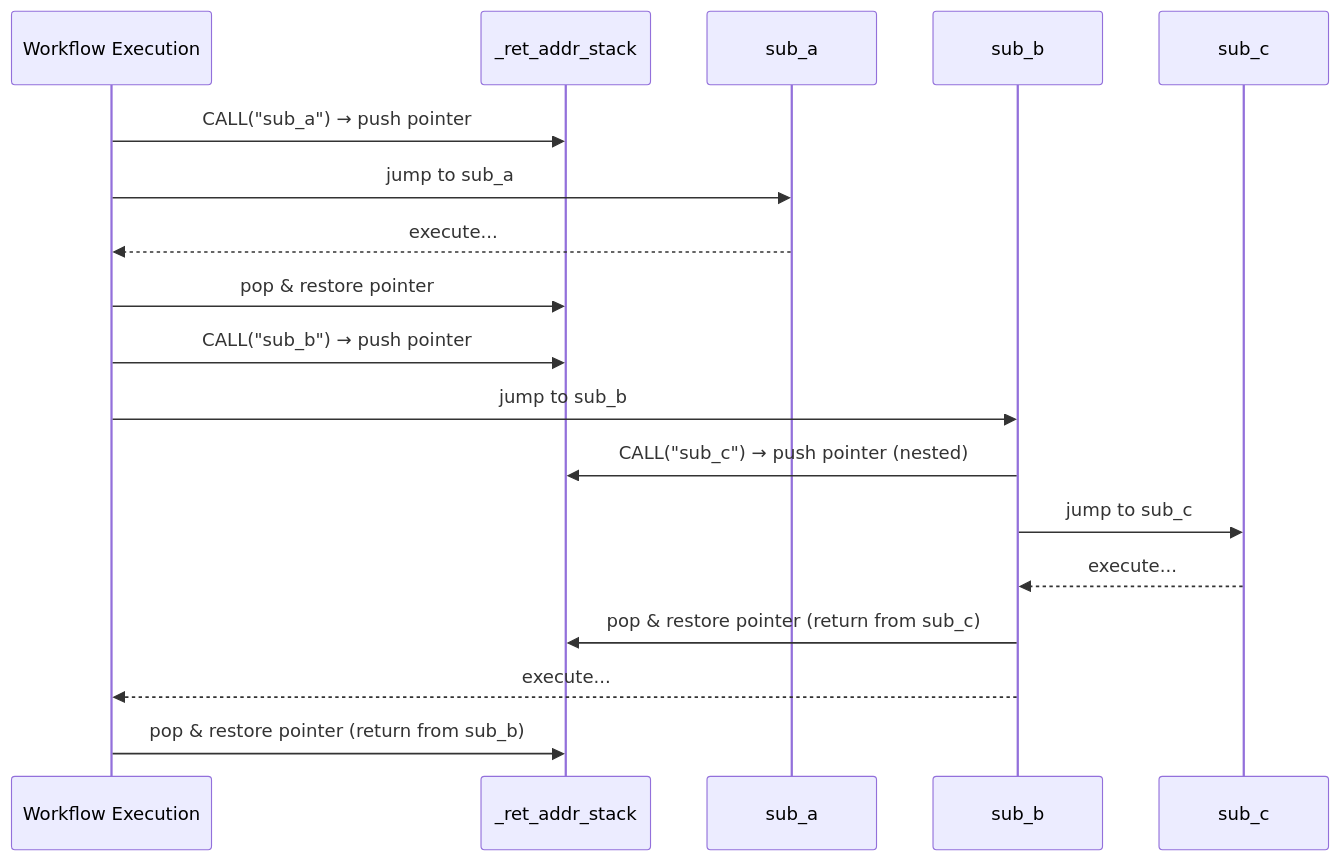
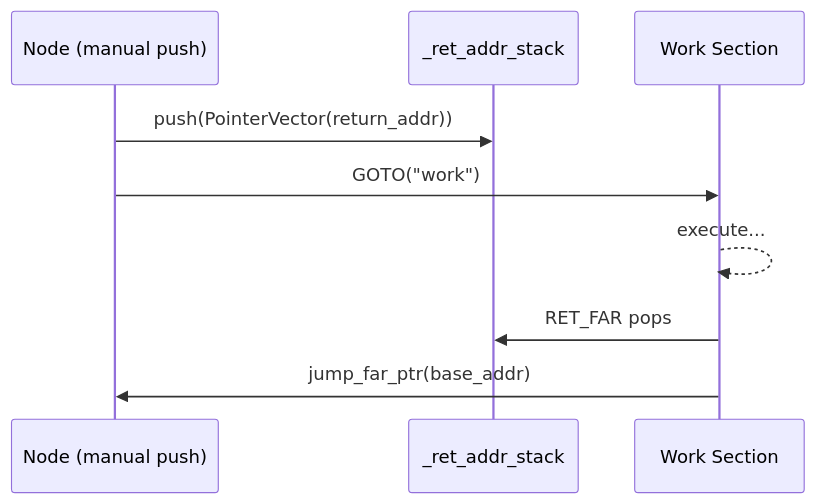
One commit to AmritaBot/AmritaSense changed the diagram in docs/guide/practice/manual-stack-management.md. Above: the diagram before and after it, drawn with Mermaid. The commit also changed other lines of this file and 19 other files, not shown here.

Commit message:
refactor(examples): clean up composition and branching demos, enhance RET_FAR documentation

````diff
--- a/docs/guide/practice/manual-stack-management.md
+++ b/docs/guide/practice/manual-stack-management.md
@@ -9,22 +17,12 @@
 ```mermaid
 sequenceDiagram
-    participant W as Workflow Execution
+    participant N as Node (manual push)
     participant S as _ret_addr_stack
-    participant A as sub_a
-    participant B as sub_b
-    participant C as sub_c
+    participant W as Work Section
 
-    W->>S: CALL("sub_a") → push pointer
-    W->>A: jump to sub_a
-    A-->>W: execute...
-    W->>S: pop & restore pointer
-
-    W->>S: CALL("sub_b") → push pointer
-    W->>B: jump to sub_b
-    B->>S: CALL("sub_c") → push pointer (nested)
-    B->>C: jump to sub_c
-    C-->>B: execute...
-    B->>S: pop & restore pointer (return from sub_c)
-    B-->>W: execute...
-    W->>S: pop & restore pointer (return from sub_b)
+    N->>S: push(PointerVector(return_addr))
+    N->>W: GOTO("work")
+    W-->>W: execute...
+    W->>S: RET_FAR pops
+    W->>N: jump_far_ptr(base_addr)
 ```
````
